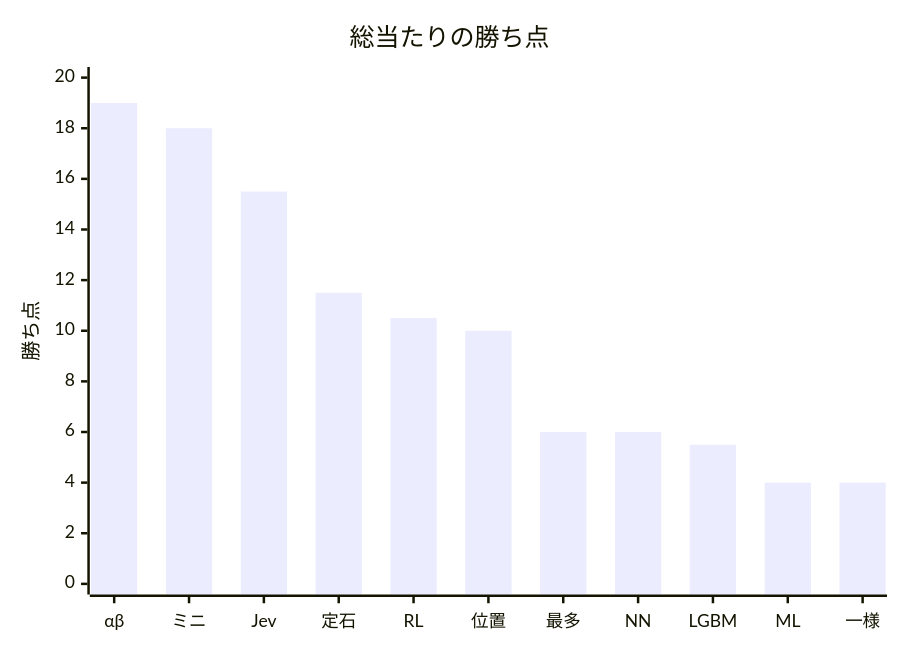
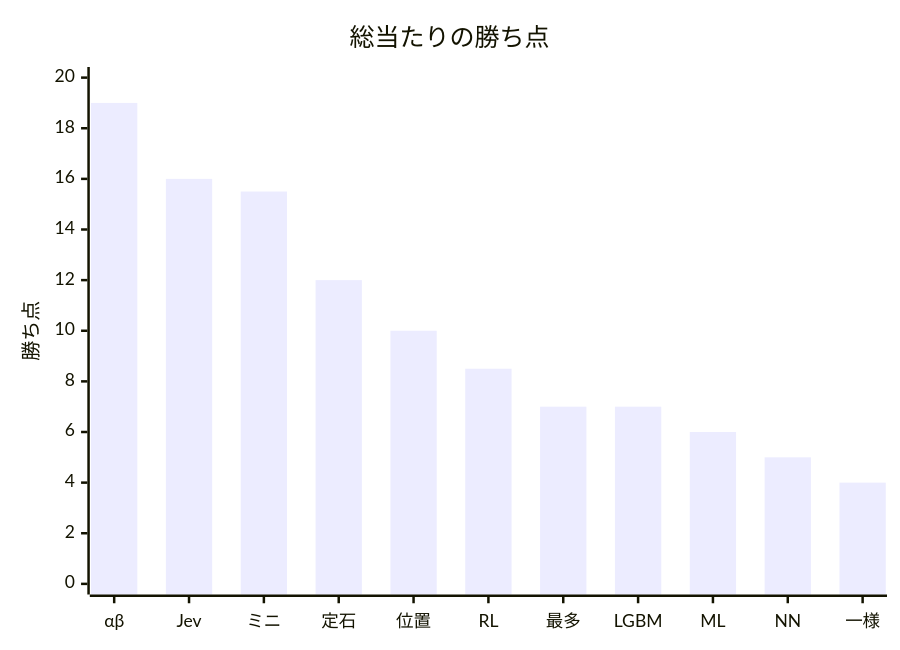
The diagram in docs/benchmarks/round-robin.md (gnkm/reversi-ai), drawn with Mermaid before and after one commit. The commit also changed other lines of this file and 3 other files, not shown here.

````diff
--- a/docs/benchmarks/round-robin.md
+++ b/docs/benchmarks/round-robin.md
@@ -37,7 +35,7 @@
 ```mermaid
 xychart-beta
     title "総当たりの勝ち点"
-    x-axis ["αβ", "ミニ", "Jev", "定石", "RL", "位置", "最多", "NN", "LGBM", "ML", "一様"]
+    x-axis ["αβ", "Jev", "ミニ", "定石", "位置", "RL", "最多", "LGBM", "ML", "NN", "一様"]
     y-axis "勝ち点" 0 --> 20
-    bar [19, 18, 15.5, 11.5, 10.5, 10, 6, 6, 5.5, 4, 4]
+    bar [19, 16, 15.5, 12, 10, 8.5, 7, 7, 6, 5, 4]
 ```
````
